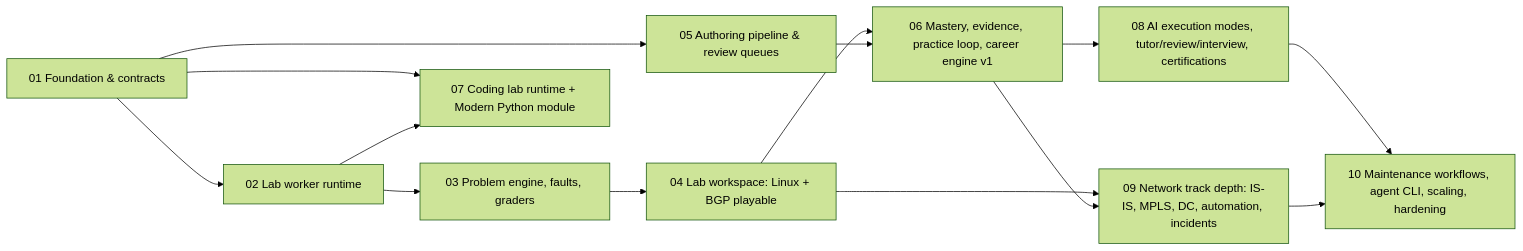
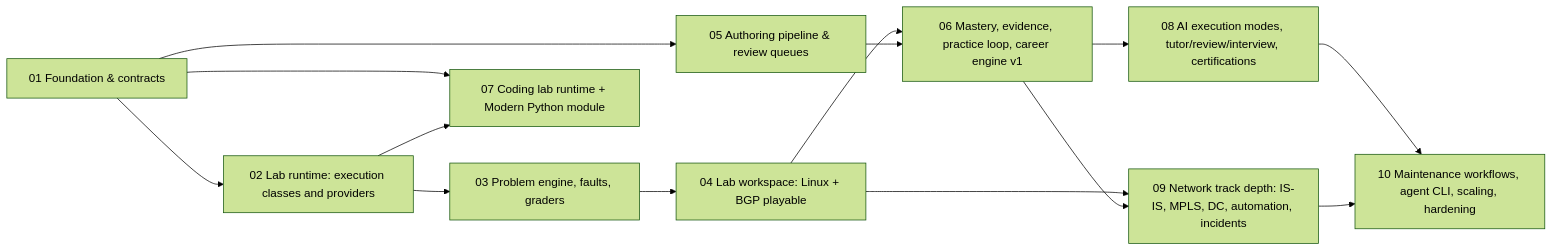
Before and after one commit to hytownjaddy/HiveMind: the diagram in STAGES/README.md, drawn with Mermaid (forest theme). The commit also changed 17 other files, not shown here.

First line of the commit message:
docs: supersede FastAPI/Postgres direction with the Cloudflare-native architecture

````diff
--- a/STAGES/README.md
+++ b/STAGES/README.md
@@ -18,16 +18,16 @@
 ```mermaid
 flowchart LR
-    S1[01 Foundation & contracts] --> S2[02 Lab worker runtime]
+    S1[01 Foundation & contracts] --> S2[02 Lab runtime: execution classes and providers]
     S1 --> S5[05 Authoring pipeline & review queues]
     S2 --> S3[03 Problem engine, faults, graders]
     S3 --> S4[04 Lab workspace: Linux + BGP playable]
     S4 --> S6[06 Mastery, evidence, practice loop, career engine v1]
     S5 --> S6
     S1 --> S7[07 Coding lab runtime + Modern Python module]
     S2 --> S7
     S6 --> S8[08 AI execution modes, tutor/review/interview, certifications]
     S4 --> S9[09 Network track depth: IS-IS, MPLS, DC, automation, incidents]
     S6 --> S9
     S8 --> S10[10 Maintenance workflows, agent CLI, scaling, hardening]
     S9 --> S10
 ```
````
